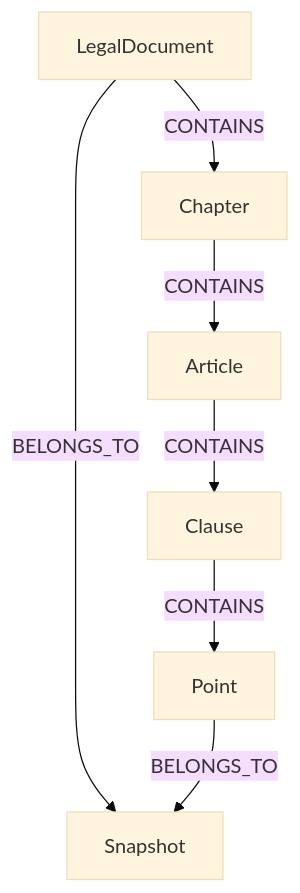
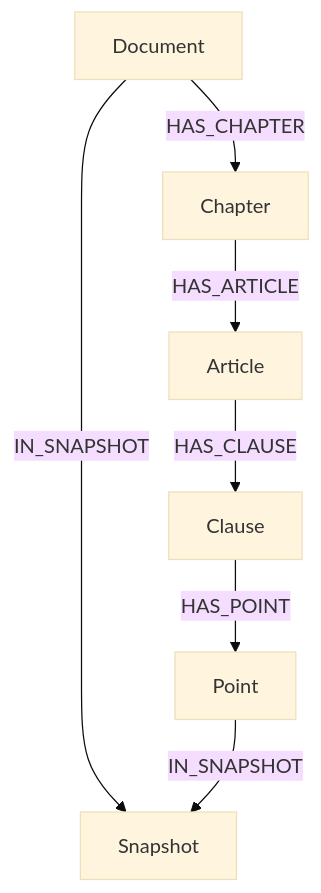
The diagram in docs/04-knowledge-graph-model.md (hungle123-dev/vietnamese-traffic-law-rag), drawn with Mermaid (base theme) before and after one commit. The commit also changed other lines of this file and 24 other files, not shown here.

Commit message:
feat: align GraphRAG foundation contracts

````diff
--- a/docs/04-knowledge-graph-model.md
+++ b/docs/04-knowledge-graph-model.md
@@ -70,16 +79,16 @@
 ```mermaid
 graph TD
-    D[LegalDocument]
+    D[Document]
     C[Chapter]
     A[Article]
     K[Clause]
     P[Point]
     S[Snapshot]
 
-    D -->|CONTAINS| C
-    C -->|CONTAINS| A
-    A -->|CONTAINS| K
-    K -->|CONTAINS| P
-    D -->|BELONGS_TO| S
-    P -->|BELONGS_TO| S
+    D -->|HAS_CHAPTER| C
+    C -->|HAS_ARTICLE| A
+    A -->|HAS_CLAUSE| K
+    K -->|HAS_POINT| P
+    D -->|IN_SNAPSHOT| S
+    P -->|IN_SNAPSHOT| S
 ```
````
